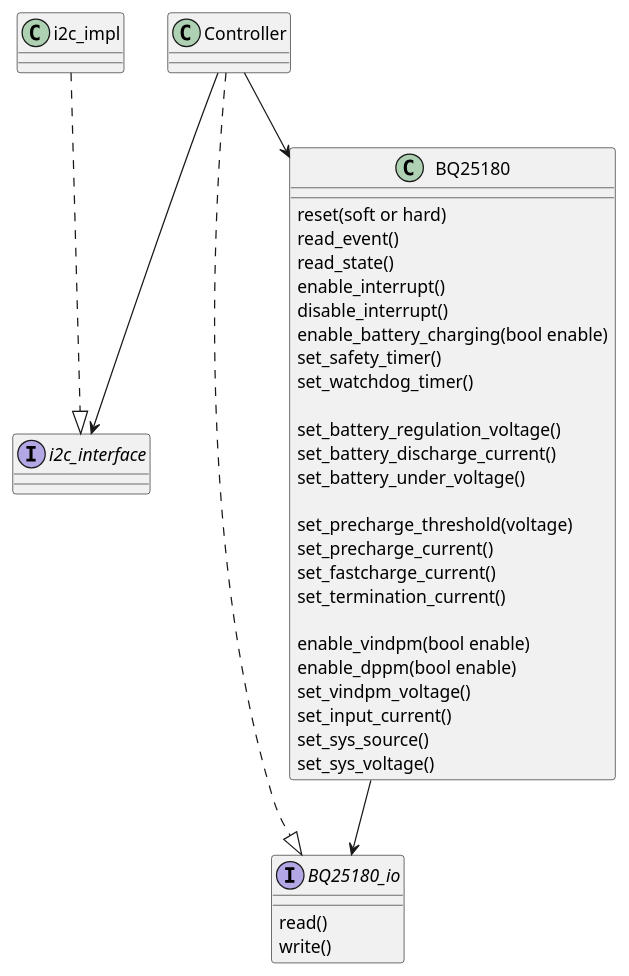
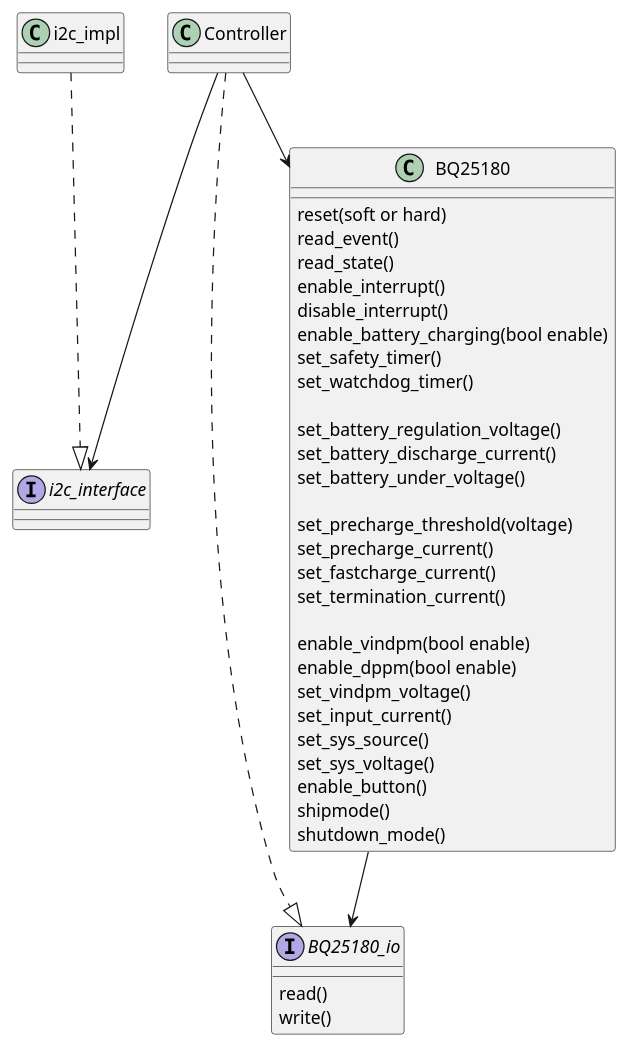
One commit to libmcu/firmware changed the diagram in docs/sphinx/api/pmu.rst. Above: the diagram before and after it, drawn with PlantUML. The commit also changed 3 other files, not shown here.

```diff
--- a/docs/sphinx/api/pmu.rst
+++ b/docs/sphinx/api/pmu.rst
@@ -7,42 +7,45 @@
 .. uml::
     :caption: A Class Diagram
 
     interface i2c_interface {}
     interface BQ25180_io {
         read()
         write()
     }
     class BQ25180 {
         reset(soft or hard)
         read_event()
         read_state()
         enable_interrupt()
         disable_interrupt()
         enable_battery_charging(bool enable)
         set_safety_timer()
         set_watchdog_timer()
 
         set_battery_regulation_voltage()
         set_battery_discharge_current()
         set_battery_under_voltage()
 
         set_precharge_threshold(voltage)
         set_precharge_current()
         set_fastcharge_current()
         set_termination_current()
 
         enable_vindpm(bool enable)
         enable_dppm(bool enable)
         set_vindpm_voltage()
         set_input_current()
         set_sys_source()
         set_sys_voltage()
         'set_tricklecharge_threshold(voltage)
         'set_fastcharge_threshold(voltage)
         'set_tricklecharge_current()
+        enable_button()
+        shipmode()
+        shutdown_mode()
     }
     Controller --> BQ25180
     Controller --> i2c_interface
     Controller ..|> BQ25180_io
     i2c_impl ..|> i2c_interface
     BQ25180 --> BQ25180_io
```
